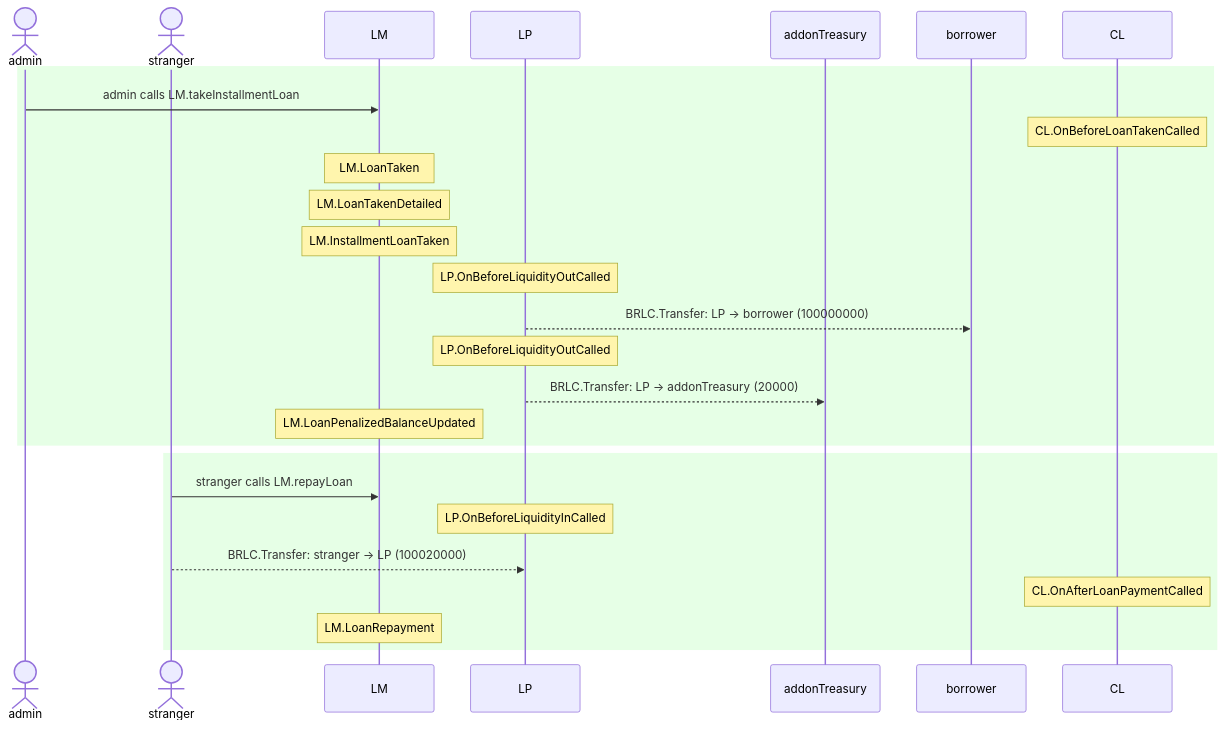
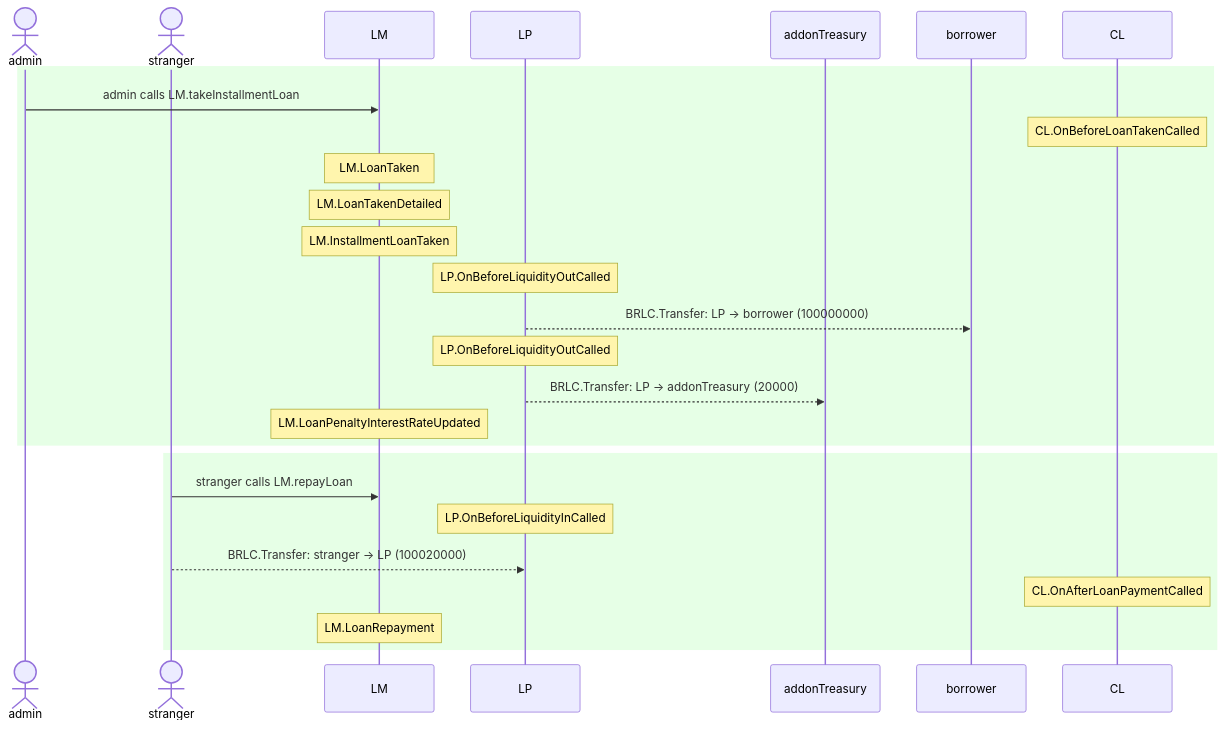
The first of 6 diagrams in test/__snapshots__humans__/LendingMarket.base.test.md (cloudwalk/brlc-capybara-finance), drawn with Mermaid before and after one commit. The commit also changed other lines of this file and 7 other files, not shown here.

First line of the commit message:
feat: replace penalized balances with penalty interest rates (#103)

````diff
--- a/test/__snapshots__humans__/LendingMarket.base.test.md
+++ b/test/__snapshots__humans__/LendingMarket.base.test.md
@@ -10,28 +10,28 @@
 ```mermaid
 sequenceDiagram
   actor admin
   actor stranger
   participant LM
   participant LP
   participant addonTreasury
   participant borrower
   rect rgb(230,255,230)
     admin->>LM: admin calls LM.takeInstallmentLoan
     Note over CL: CL.OnBeforeLoanTakenCalled
     Note over LM: LM.LoanTaken
     Note over LM: LM.LoanTakenDetailed
     Note over LM: LM.InstallmentLoanTaken
     Note over LP: LP.OnBeforeLiquidityOutCalled
     LP-->>borrower: BRLC.Transfer: LP -> borrower (100000000)
     Note over LP: LP.OnBeforeLiquidityOutCalled
     LP-->>addonTreasury: BRLC.Transfer: LP -> addonTreasury (20000)
-    Note over LM: LM.LoanPenalizedBalanceUpdated
+    Note over LM: LM.LoanPenaltyInterestRateUpdated
   end
   rect rgb(230,255,230)
     stranger->>LM: stranger calls LM.repayLoan
     Note over LP: LP.OnBeforeLiquidityInCalled
     stranger-->>LP: BRLC.Transfer: stranger -> LP (100020000)
     Note over CL: CL.OnAfterLoanPaymentCalled
     Note over LM: LM.LoanRepayment
   end
 ```
````
